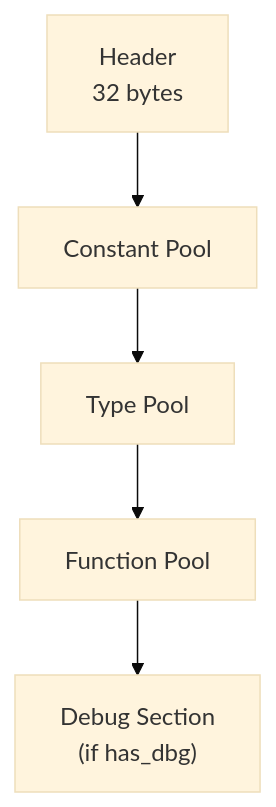
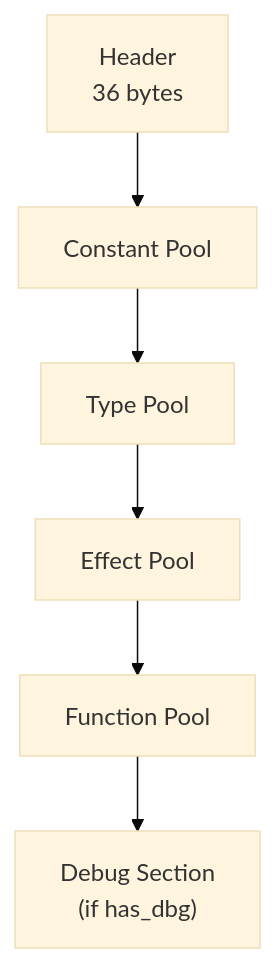
The diagram in docs/11-bytecode.md (musi-lang/musi), drawn with Mermaid (base theme) before and after one commit. The commit also changed other lines of this file, not shown here.

First line of the commit message:
docs(11-bytecode): update spec for 36-byte header, effect pool, fn handler table

````diff
--- a/docs/11-bytecode.md
+++ b/docs/11-bytecode.md
@@ -7,10 +7,11 @@
 ```mermaid
 flowchart TD
-    hdr["Header\n32 bytes"]
+    hdr["Header\n36 bytes"]
     cp["Constant Pool"]
     tp["Type Pool"]
+    ep["Effect Pool"]
     fp["Function Pool"]
     dbg["Debug Section\n(if has_dbg)"]
 
-    hdr --> cp --> tp --> fp --> dbg
+    hdr --> cp --> tp --> ep --> fp --> dbg
 ```
````
